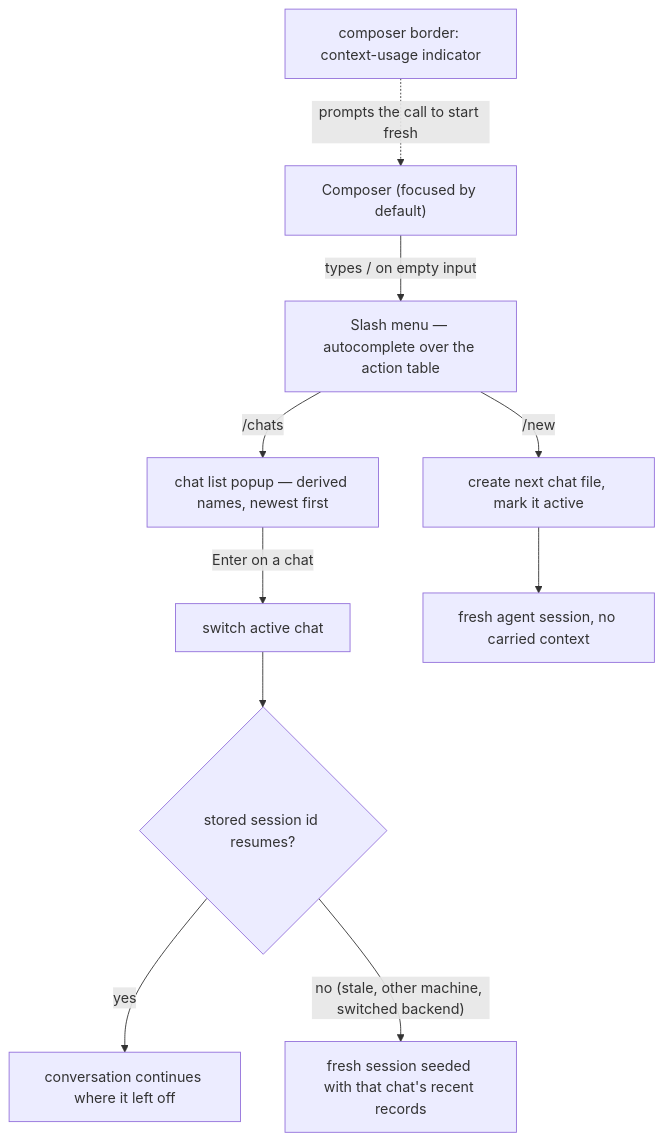
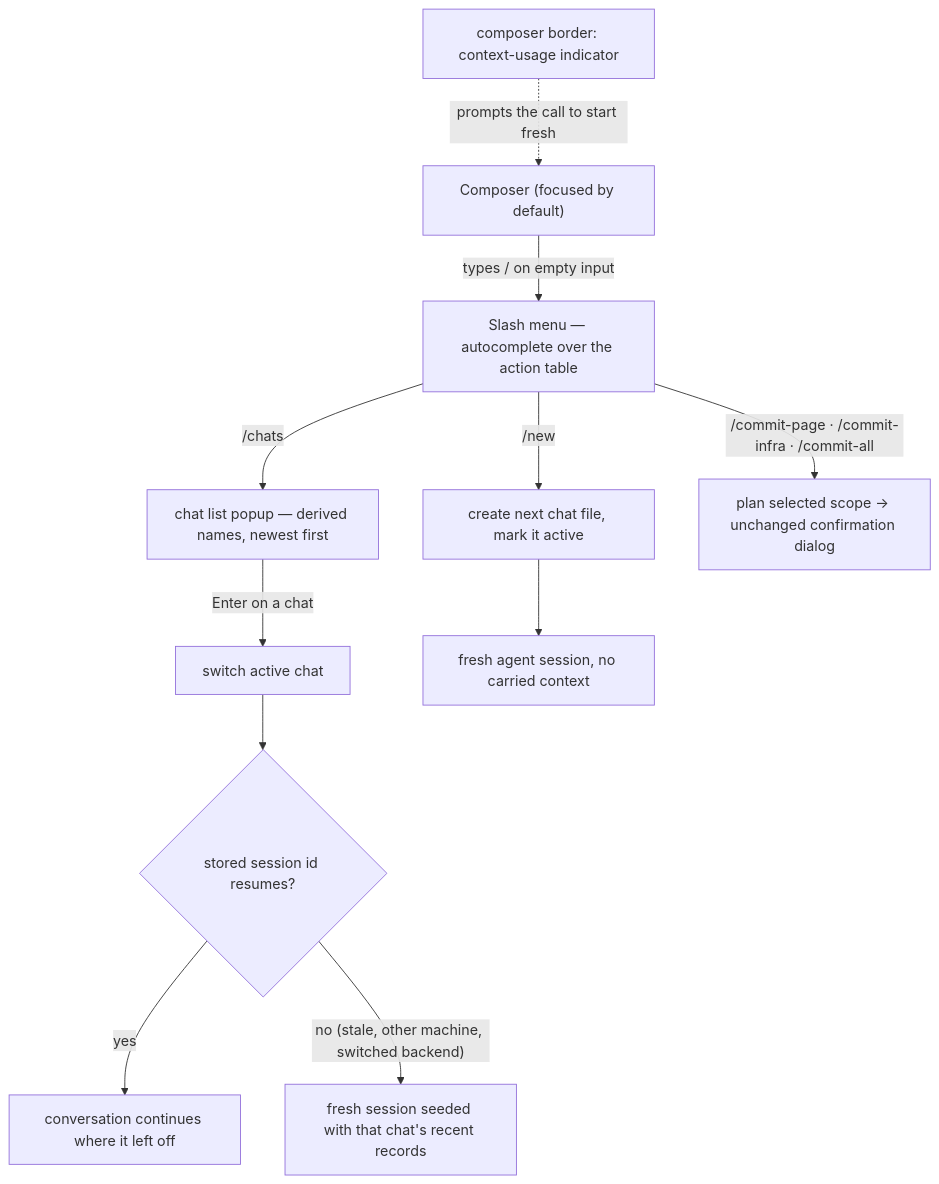
Before and after one commit to khmilevoi/termcraft: the diagram in docs/architecture/flows/chats.md, drawn with Mermaid. The commit also changed other lines of this file and 9 other files, not shown here.

````diff
--- a/docs/architecture/flows/chats.md
+++ b/docs/architecture/flows/chats.md
@@ -3,12 +3,13 @@
 ```mermaid
 flowchart TD
     composer["Composer (focused by default)"] -- "types / on empty input" --> menu["Slash menu — autocomplete over the action table"]
     menu -- "/new" --> create["create next chat file, mark it active"]
     menu -- "/chats" --> list["chat list popup — derived names, newest first"]
+    menu -- "/commit-page · /commit-infra · /commit-all" --> commit["plan selected scope → unchanged confirmation dialog"]
     list -- "Enter on a chat" --> switch["switch active chat"]
     create --> fresh["fresh agent session, no carried context"]
     switch --> resume{"stored session id resumes?"}
     resume -- "yes" --> cont["conversation continues where it left off"]
     resume -- "no (stale, other machine, switched backend)" --> seed["fresh session seeded with that chat's recent records"]
     usage["composer border: context-usage indicator"] -. "prompts the call to start fresh" .-> composer
 ```
````
